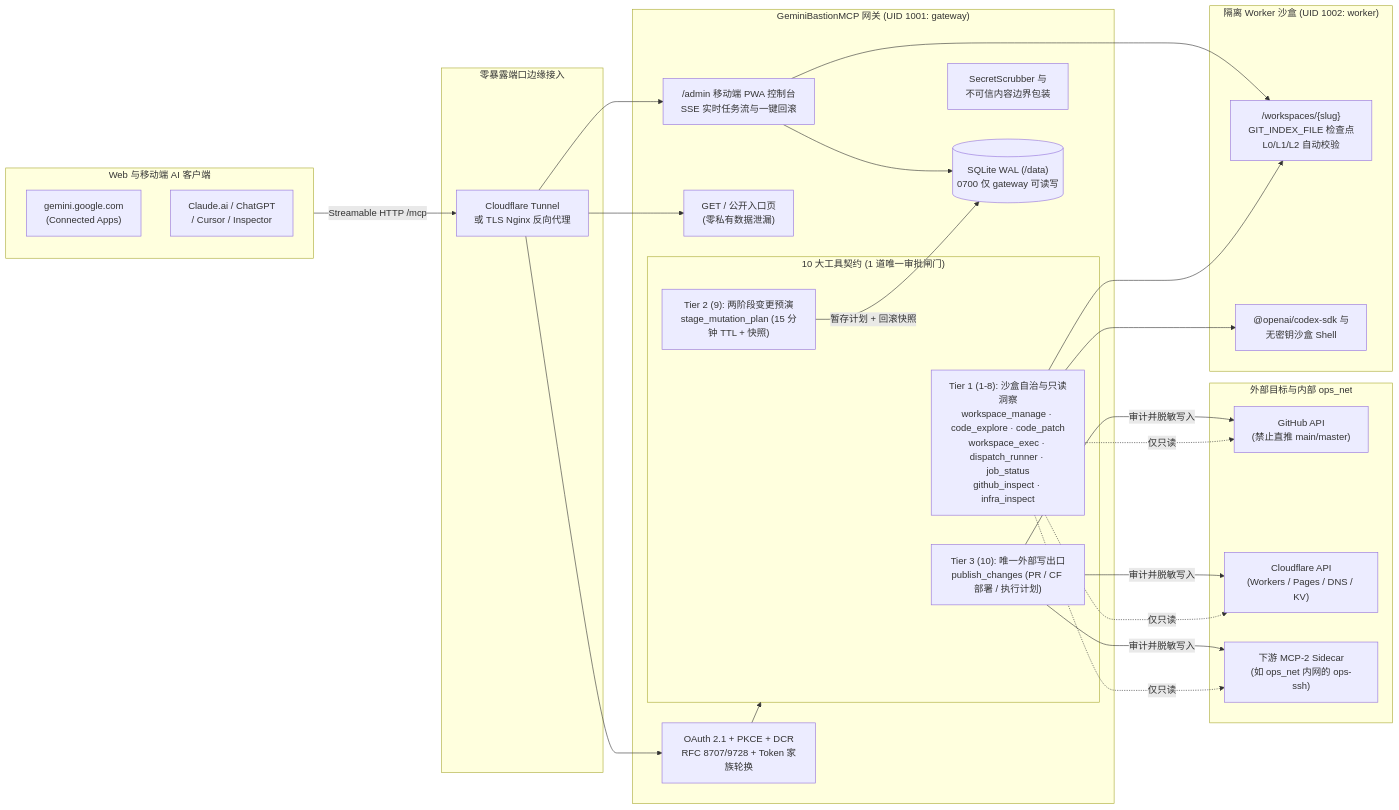
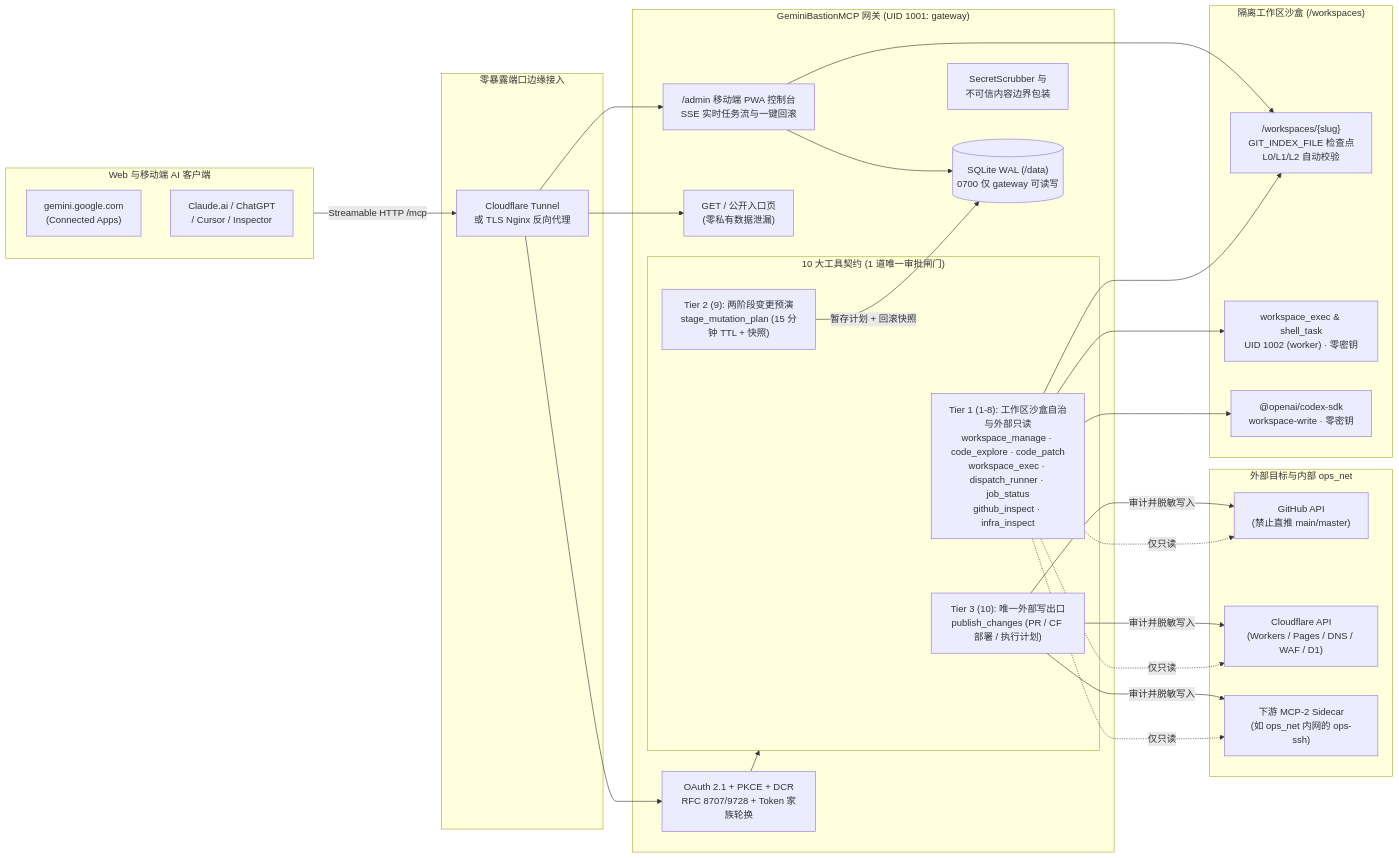
The diagram in README.zh-CN.md (Kaiserunix/gemini-bastion-mcp), drawn with Mermaid before and after one commit. The commit also changed other lines of this file and 2 other files, not shown here.

````diff
--- a/README.zh-CN.md
+++ b/README.zh-CN.md
@@ -45,44 +57,45 @@
 ```mermaid
 flowchart LR
   subgraph Clients["Web 与移动端 AI 客户端"]
     G["gemini.google.com\n(Connected Apps)"]
     C["Claude.ai / ChatGPT\n/ Cursor / Inspector"]
   end
 
   subgraph Edge["零暴露端口边缘接入"]
     CF["Cloudflare Tunnel\n或 TLS Nginx 反向代理"]
   end
 
   subgraph Gateway["GeminiBastionMCP 网关 (UID 1001: gateway)"]
     Portal["GET / 公开入口页\n(零私有数据泄漏)"]
     Auth["OAuth 2.1 + PKCE + DCR\nRFC 8707/9728 + Token 家族轮换"]
     Scrub["SecretScrubber 与\n不可信内容边界包装"]
     Admin["/admin 移动端 PWA 控制台\nSSE 实时任务流与一键回滚"]
     DB[("SQLite WAL (/data)\n0700 仅 gateway 可读写")]
 
     subgraph Funnel["10 大工具契约 (1 道唯一审批闸门)"]
-      T1_8["Tier 1 (1-8): 沙盒自治与只读洞察\nworkspace_manage · code_explore · code_patch\nworkspace_exec · dispatch_runner · job_status\ngithub_inspect · infra_inspect"]
+      T1_8["Tier 1 (1-8): 工作区沙盒自治与外部只读\nworkspace_manage · code_explore · code_patch\nworkspace_exec · dispatch_runner · job_status\ngithub_inspect · infra_inspect"]
       T9["Tier 2 (9): 两阶段变更预演\nstage_mutation_plan (15 分钟 TTL + 快照)"]
       T10["Tier 3 (10): 唯一外部写出口\npublish_changes (PR / CF 部署 / 执行计划)"]
     end
   end
 
-  subgraph Sandbox["隔离 Worker 沙盒 (UID 1002: worker)"]
+  subgraph Sandbox["隔离工作区沙盒 (/workspaces)"]
     WS["/workspaces/{slug}\nGIT_INDEX_FILE 检查点\nL0/L1/L2 自动校验"]
-    Codex["@openai/codex-sdk 与\n无密钥沙盒 Shell"]
+    Shell["workspace_exec & shell_task\nUID 1002 (worker) · 零密钥"]
+    Codex["@openai/codex-sdk\nworkspace-write · 零密钥"]
   end
 
   subgraph External["外部目标与内部 ops_net"]
     GH["GitHub API\n(禁止直推 main/master)"]
-    CFApi["Cloudflare API\n(Workers / Pages / DNS / KV)"]
+    CFApi["Cloudflare API\n(Workers / Pages / DNS / WAF / D1)"]
     MCP2["下游 MCP-2 Sidecar\n(如 ops_net 内网的 ops-ssh)"]
   end
 
   Clients -->|"Streamable HTTP /mcp"| CF --> Auth --> Funnel
   CF --> Portal & Admin
-  T1_8 --> WS & Codex
+  T1_8 --> WS & Shell & Codex
   T1_8 -.->|"仅只读"| GH & CFApi & MCP2
   T9 -->|"暂存计划 + 回滚快照"| DB
   T10 -->|"审计并脱敏写入"| GH & CFApi & MCP2
   Admin --> DB & WS
 ```
````
